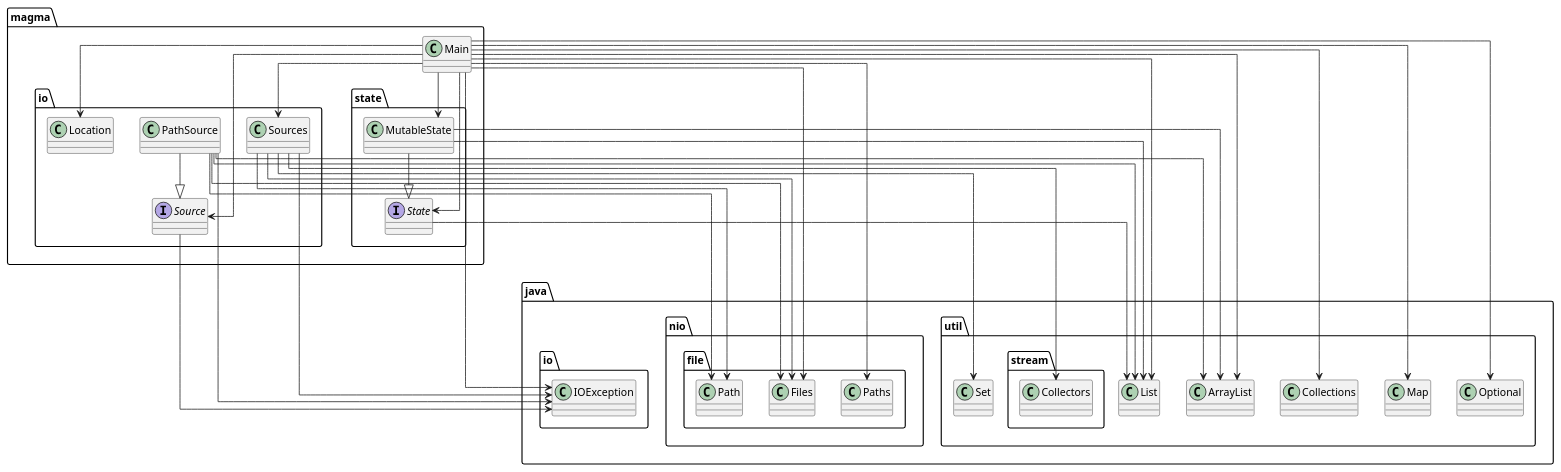
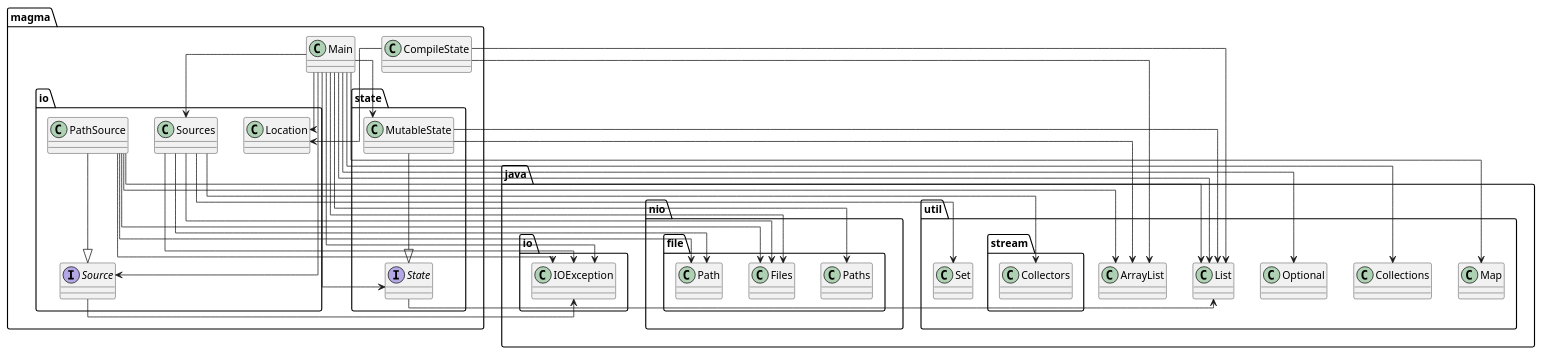
The diagram in diagram.puml (SirMathhman/Magma), drawn with PlantUML before and after one commit. The commit also changed 3 other files, not shown here.

```diff
--- a/diagram.puml
+++ b/diagram.puml
@@ -1,39 +1,42 @@
 @startuml
 skinparam linetype ortho
 class magma.io.Location
 magma.Main --> magma.io.Location
 magma.Main --> magma.io.Source
 magma.Main --> magma.io.Sources
 magma.Main --> magma.state.MutableState
 magma.Main --> magma.state.State
 magma.Main --> java.io.IOException
 magma.Main --> java.nio.file.Files
 magma.Main --> java.nio.file.Paths
-magma.Main --> java.util.ArrayList
 magma.Main --> java.util.Collections
 magma.Main --> java.util.List
 magma.Main --> java.util.Map
 magma.Main --> java.util.Optional
 class magma.Main
 magma.state.State --> java.util.List
 interface magma.state.State
 magma.io.Source --> java.io.IOException
 interface magma.io.Source
 magma.state.MutableState --> java.util.ArrayList
 magma.state.MutableState --> java.util.List
 class magma.state.MutableState
 magma.state.MutableState --|> magma.state.State
 magma.io.PathSource --> java.io.IOException
 magma.io.PathSource --> java.nio.file.Files
 magma.io.PathSource --> java.nio.file.Path
 magma.io.PathSource --> java.util.ArrayList
 magma.io.PathSource --> java.util.List
 class magma.io.PathSource
 magma.io.PathSource --|> magma.io.Source
+magma.CompileState --> magma.io.Location
+magma.CompileState --> java.util.ArrayList
+magma.CompileState --> java.util.List
+class magma.CompileState
 magma.io.Sources --> java.io.IOException
 magma.io.Sources --> java.nio.file.Files
 magma.io.Sources --> java.nio.file.Path
 magma.io.Sources --> java.util.Set
 magma.io.Sources --> java.util.stream.Collectors
 class magma.io.Sources
 @enduml
```
